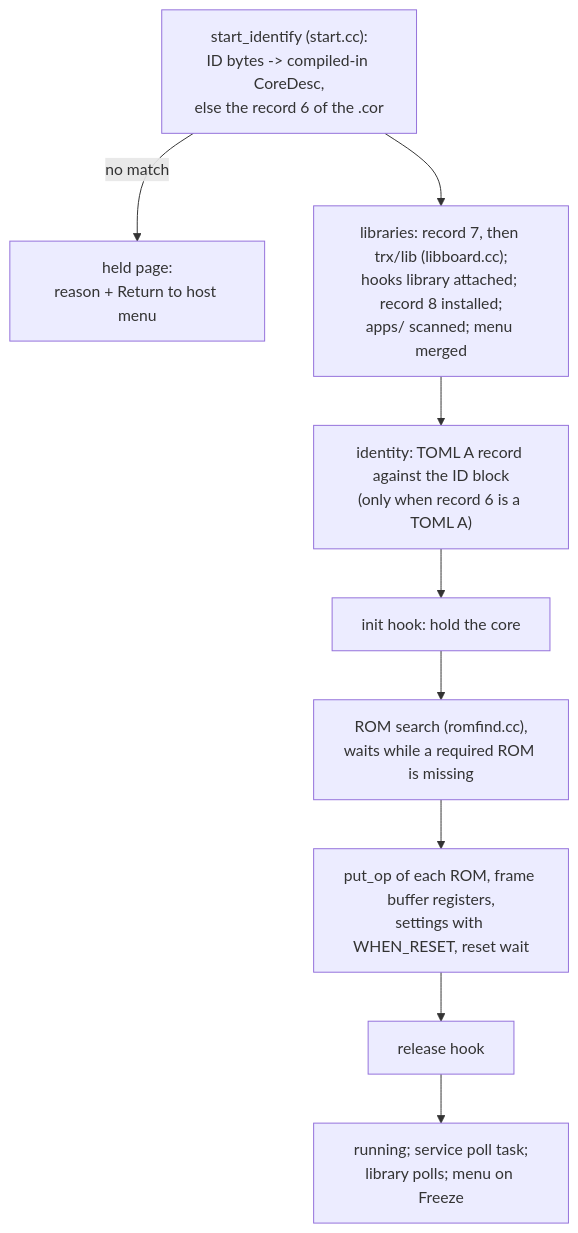
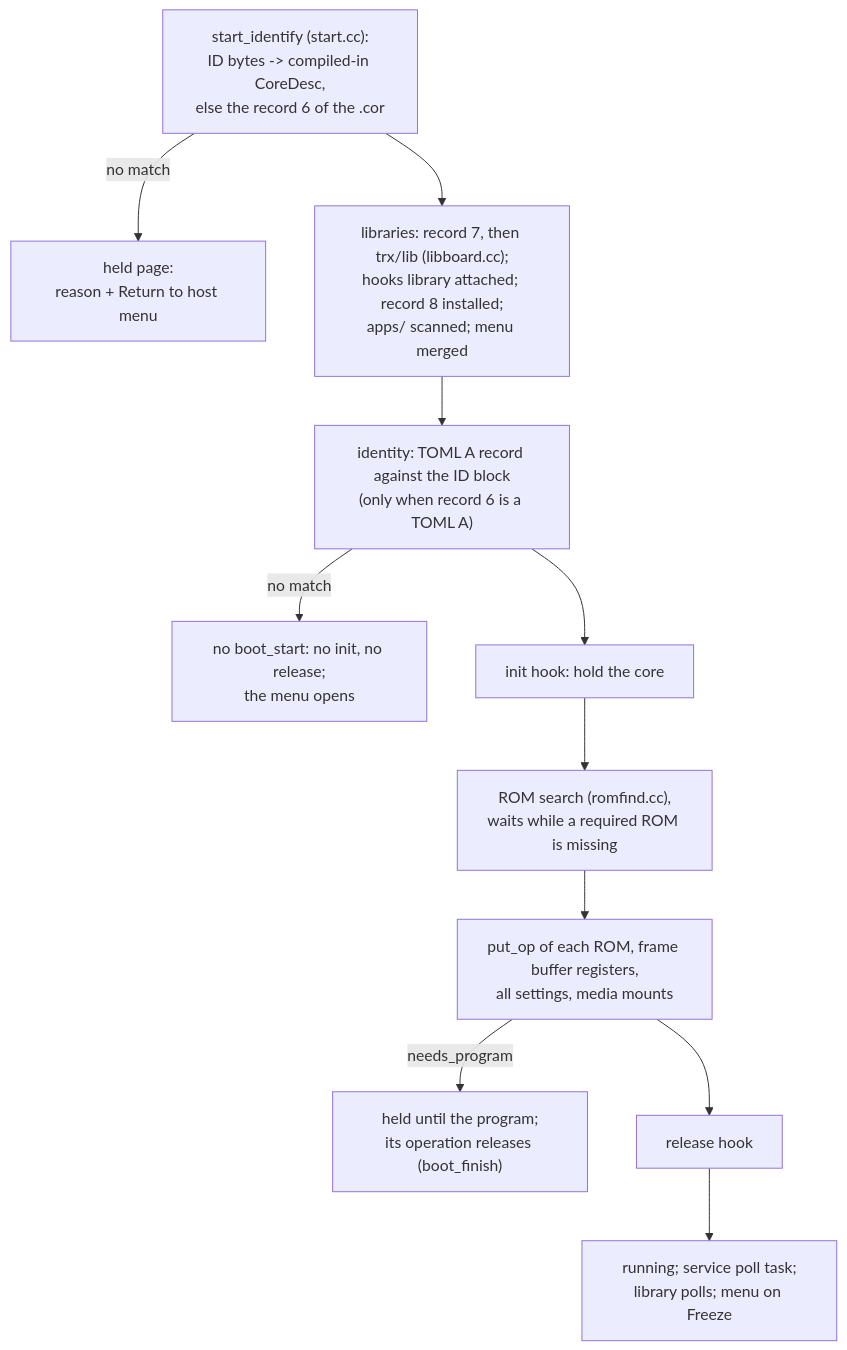
Before and after one commit to Jondalar/TRX64U-MultiCore: the second of 2 diagrams in docs/dev/core-app-guide.md, drawn with Mermaid. The commit also changed other lines of this file, not shown here.

````diff
--- a/docs/dev/core-app-guide.md
+++ b/docs/dev/core-app-guide.md
@@ -57,11 +59,13 @@
 ```mermaid
 flowchart TD
   A["start_identify (start.cc):<br/>ID bytes -> compiled-in CoreDesc,<br/>else the record 6 of the .cor"] -->|no match| H["held page:<br/>reason + Return to host menu"]
   A --> L["libraries: record 7, then trx/lib (libboard.cc);<br/>hooks library attached; record 8 installed;<br/>apps/ scanned; menu merged"]
   L --> I["identity: TOML A record against the ID block<br/>(only when record 6 is a TOML A)"]
+  I -->|no match| M["no boot_start: no init, no release;<br/>the menu opens"]
   I --> B["init hook: hold the core"]
   B --> D["ROM search (romfind.cc),<br/>waits while a required ROM is missing"]
-  D --> E["put_op of each ROM, frame buffer registers,<br/>settings with WHEN_RESET, reset wait"]
+  D --> E["put_op of each ROM, frame buffer registers,<br/>all settings, media mounts"]
+  E -->|needs_program| P["held until the program;<br/>its operation releases (boot_finish)"]
   E --> F["release hook"]
   F --> G["running; service poll task;<br/>library polls; menu on Freeze"]
 ```
````
